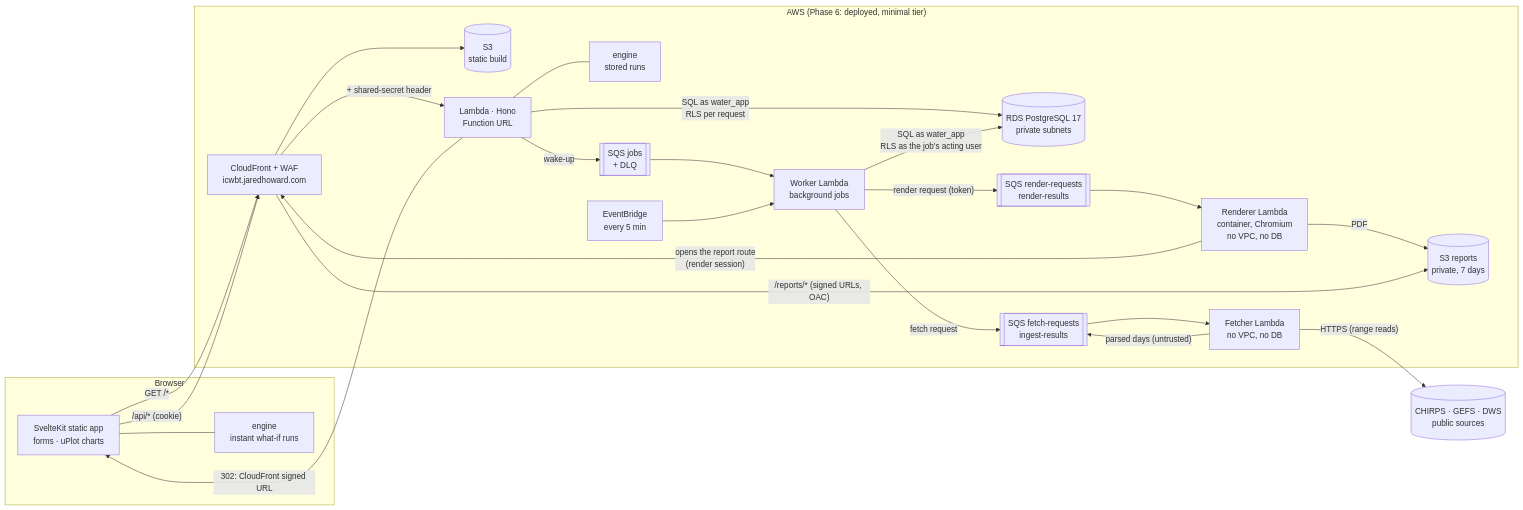
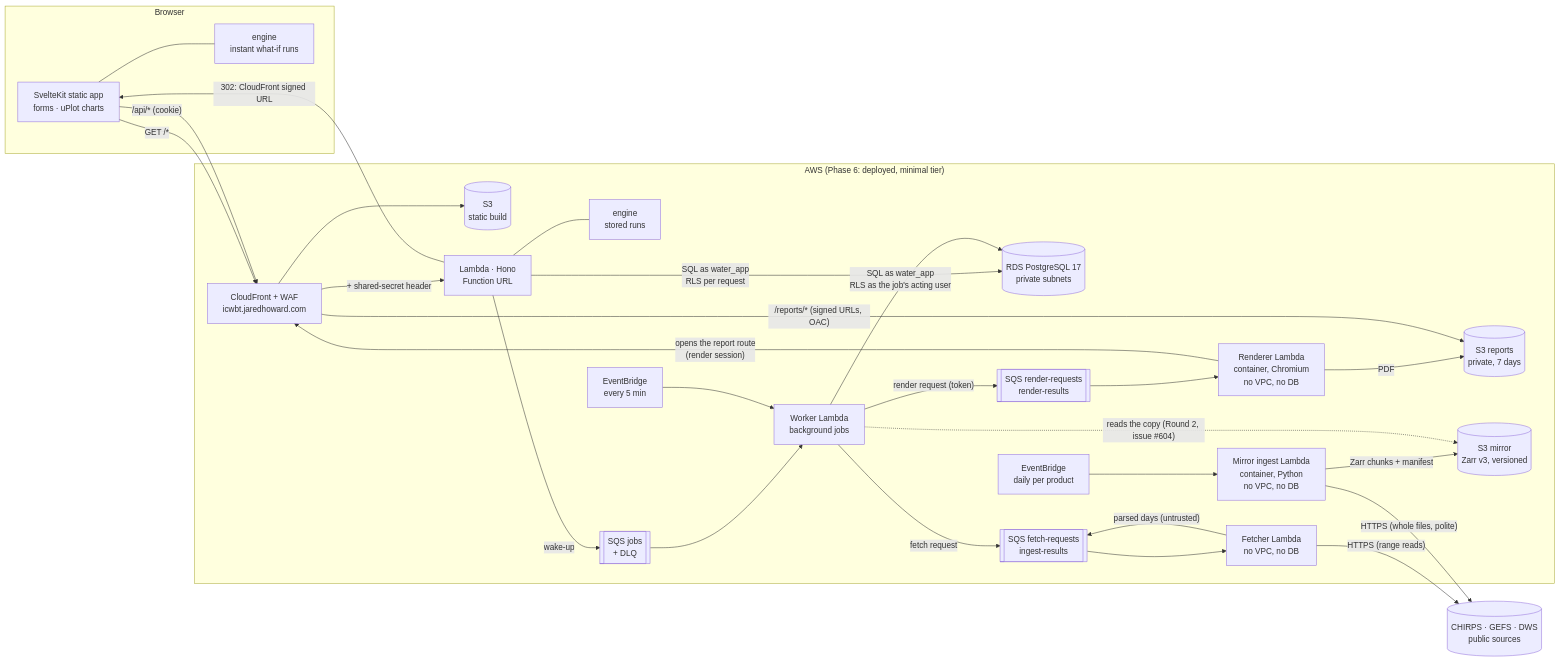
One commit to Absence0760/project-water-management changed the first of 4 diagrams in docs/architecture.md. Above: the diagram before and after it, drawn with Mermaid. The commit also changed 15 other files, not shown here.

First line of the commit message:
feat(infra): add the data mirror bucket and its ingest job (#604 R1-D)

````diff
--- a/docs/architecture.md
+++ b/docs/architecture.md
@@ -10,41 +10,48 @@
 ```mermaid
 flowchart LR
   subgraph Browser
     UI[SvelteKit static app<br/>forms · uPlot charts]
     EB[engine<br/>instant what-if runs]
     UI --- EB
   end
 
   subgraph AWS["AWS (Phase 6: deployed, minimal tier)"]
     CF[CloudFront + WAF<br/>icwbt.jaredhoward.com]
     S3[(S3<br/>static build)]
     L[Lambda · Hono<br/>Function URL]
     EL[engine<br/>stored runs]
     DB[(RDS PostgreSQL 17<br/>private subnets)]
     Q[[SQS jobs<br/>+ DLQ]]
     T[EventBridge<br/>every 5 min]
     W[Worker Lambda<br/>background jobs]
     FQ[[SQS fetch-requests<br/>ingest-results]]
     FL[Fetcher Lambda<br/>no VPC, no DB]
     RQ[[SQS render-requests<br/>render-results]]
     RL[Renderer Lambda<br/>container, Chromium<br/>no VPC, no DB]
     RB[(S3 reports<br/>private, 7 days)]
+    IT[EventBridge<br/>daily per product]
+    IL[Mirror ingest Lambda<br/>container, Python<br/>no VPC, no DB]
+    MB[(S3 mirror<br/>Zarr v3, versioned)]
     L --- EL
   end
   SRC[(CHIRPS · GEFS · DWS<br/>public sources)]
 
   UI -- "GET /*" --> CF --> S3
   UI -- "/api/* (cookie)" --> CF -- "+ shared-secret header" --> L
   L -- "SQL as water_app<br/>RLS per request" --> DB
   L -- "wake-up" --> Q --> W
   T --> W
   W -- "SQL as water_app<br/>RLS as the job's acting user" --> DB
   W -- "fetch request" --> FQ --> FL
   FL -- "HTTPS (range reads)" --> SRC
   FL -- "parsed days (untrusted)" --> FQ
   W -- "render request (token)" --> RQ --> RL
   RL -- "opens the report route<br/>(render session)" --> CF
   RL -- "PDF" --> RB
   L -- "302: CloudFront signed URL" --> UI
   CF -- "/reports/* (signed URLs, OAC)" --> RB
+  IT --> IL
+  IL -- "HTTPS (whole files, polite)" --> SRC
+  IL -- "Zarr chunks + manifest" --> MB
+  W -. "reads the copy (Round 2, issue #604)" .-> MB
 ```
````
